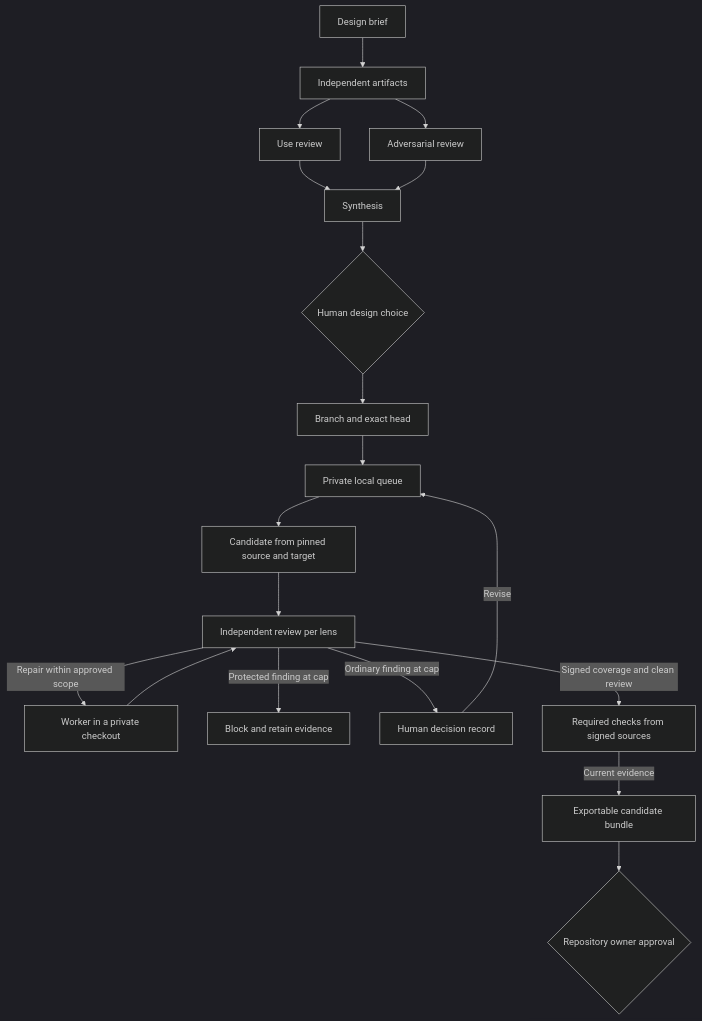
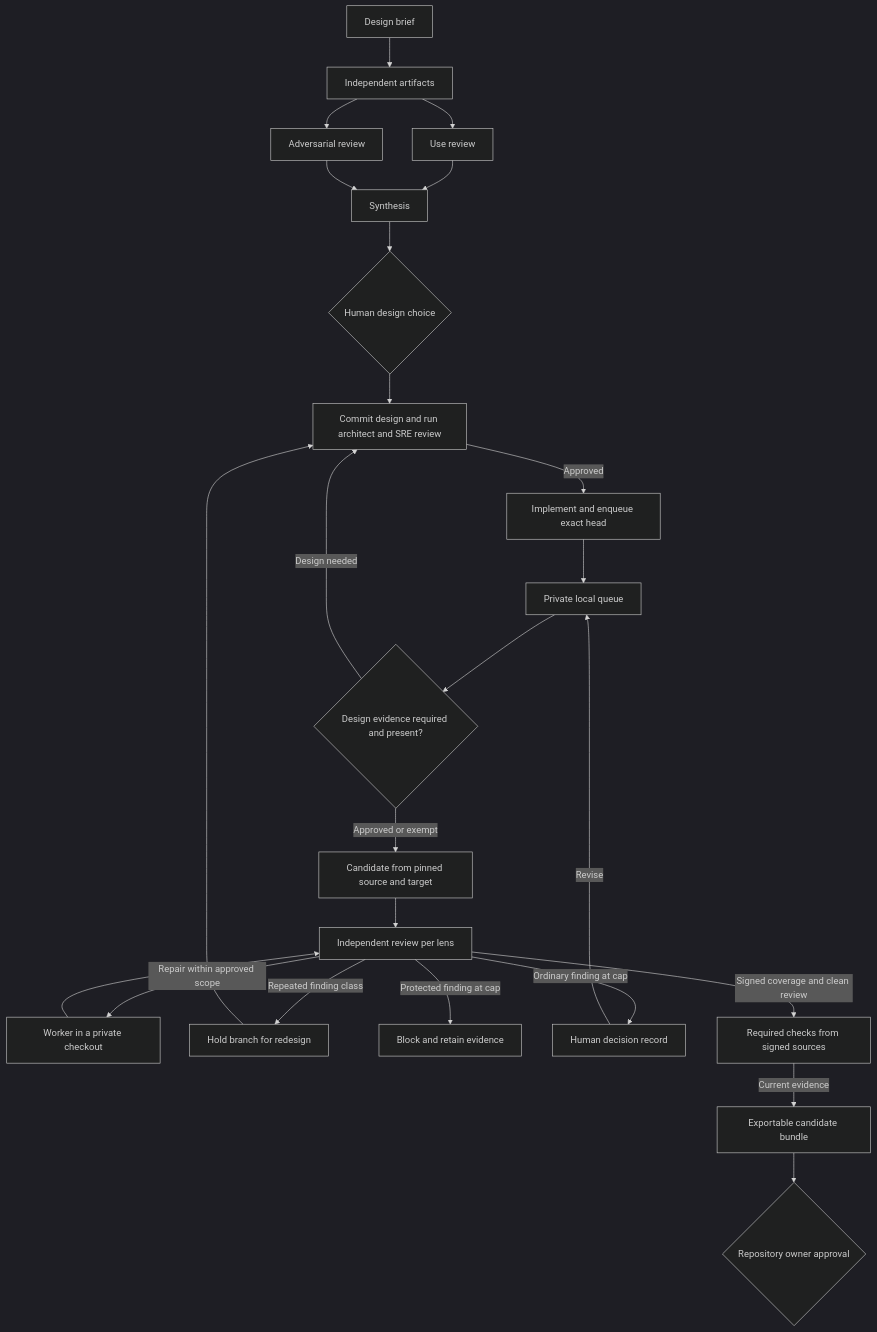
The diagram in docs/architecture.md (JDeun/kevin-agent-kit), drawn with Mermaid (dark theme) before and after one commit. The commit also changed other lines of this file and 34 other files, not shown here.

Commit message:
feat: add architecture quality controls for v0.2.0

````diff
--- a/docs/architecture.md
+++ b/docs/architecture.md
@@ -8,21 +8,26 @@
 ```mermaid
 flowchart TD
     Brief["Design brief"] --> Alternatives["Independent artifacts"]
     Alternatives --> Use["Use review"]
     Alternatives --> Adversarial["Adversarial review"]
     Use --> Summary["Synthesis"]
     Adversarial --> Summary
     Summary --> Choice{"Human design choice"}
-    Choice --> Branch["Branch and exact head"]
+    Choice --> Design["Commit design and run architect and SRE review"]
+    Design -->|Approved| Branch["Implement and enqueue exact head"]
     Branch --> Queue["Private local queue"]
-    Queue --> Snapshot["Candidate from pinned source and target"]
+    Queue --> Admission{"Design evidence required and present?"}
+    Admission -->|Design needed| Design
+    Admission -->|Approved or exempt| Snapshot["Candidate from pinned source and target"]
     Snapshot --> Review["Independent review per lens"]
     Review -->|Repair within approved scope| Worker["Worker in a private checkout"]
     Worker --> Review
+    Review -->|Repeated finding class| Forest["Hold branch for redesign"]
+    Forest --> Design
     Review -->|Protected finding at cap| Blocked["Block and retain evidence"]
     Review -->|Ordinary finding at cap| Record["Human decision record"]
     Record -->|Revise| Queue
     Review -->|Signed coverage and clean review| Verify["Required checks from signed sources"]
     Verify -->|Current evidence| Bundle["Exportable candidate bundle"]
     Bundle --> Release{"Repository owner approval"}
 ```
````
